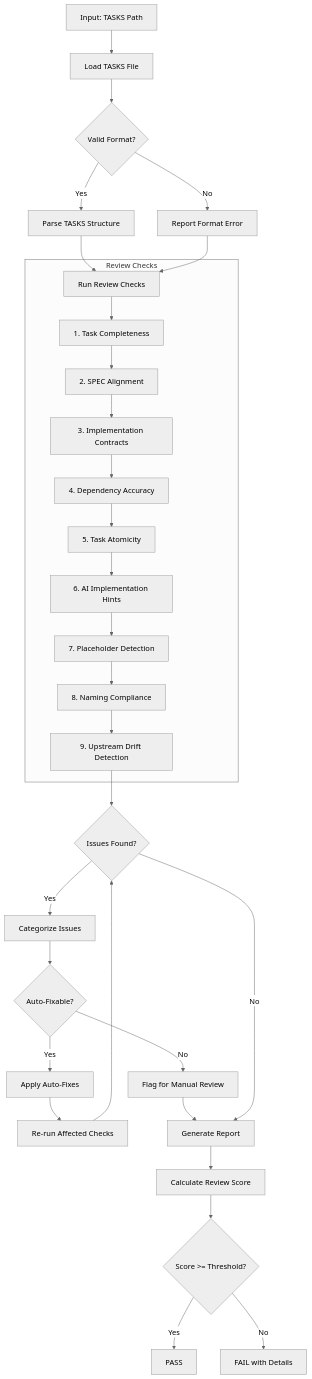
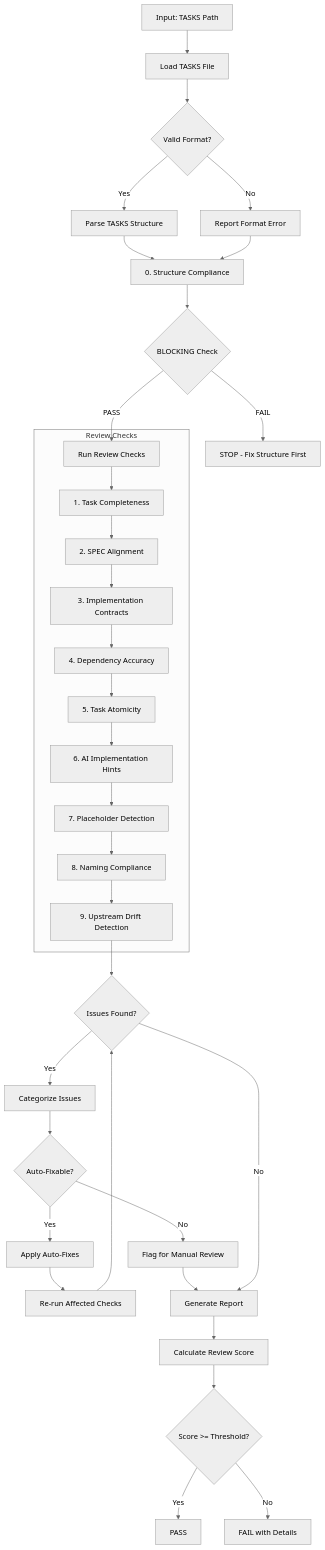
Before and after one commit to vladm3105/aidoc-flow-framework: the first of 2 diagrams in .claude/skills/doc-tasks-reviewer/SKILL.md, drawn with Mermaid (neutral theme). The commit also changed other lines of this file and 28 other files, not shown here.

````diff
--- a/.claude/skills/doc-tasks-reviewer/SKILL.md
+++ b/.claude/skills/doc-tasks-reviewer/SKILL.md
@@ -69,37 +69,40 @@
 ```mermaid
 flowchart TD
     A[Input: TASKS Path] --> B[Load TASKS File]
     B --> C{Valid Format?}
 
     C -->|Yes| D[Parse TASKS Structure]
     C -->|No| E[Report Format Error]
 
-    D --> F[Run Review Checks]
-    E --> F
+    D --> F0[0. Structure Compliance]
+    E --> F0
+    F0 --> F0C{BLOCKING Check}
+    F0C -->|FAIL| BLOCK[STOP - Fix Structure First]
+    F0C -->|PASS| F[Run Review Checks]
 
     subgraph Review["Review Checks"]
         F --> G[1. Task Completeness]
         G --> H[2. SPEC Alignment]
         H --> I[3. Implementation Contracts]
         I --> J[4. Dependency Accuracy]
         J --> K[5. Task Atomicity]
         K --> L[6. AI Implementation Hints]
         L --> M[7. Placeholder Detection]
         M --> M2[8. Naming Compliance]
         M2 --> M3[9. Upstream Drift Detection]
     end
 
     M3 --> N{Issues Found?}
     N -->|Yes| O[Categorize Issues]
     O --> P{Auto-Fixable?}
     P -->|Yes| Q[Apply Auto-Fixes]
     Q --> R[Re-run Affected Checks]
     P -->|No| S[Flag for Manual Review]
     R --> N
     S --> T[Generate Report]
     N -->|No| T
     T --> U[Calculate Review Score]
     U --> V{Score >= Threshold?}
     V -->|Yes| W[PASS]
     V -->|No| X[FAIL with Details]
 ```
````
